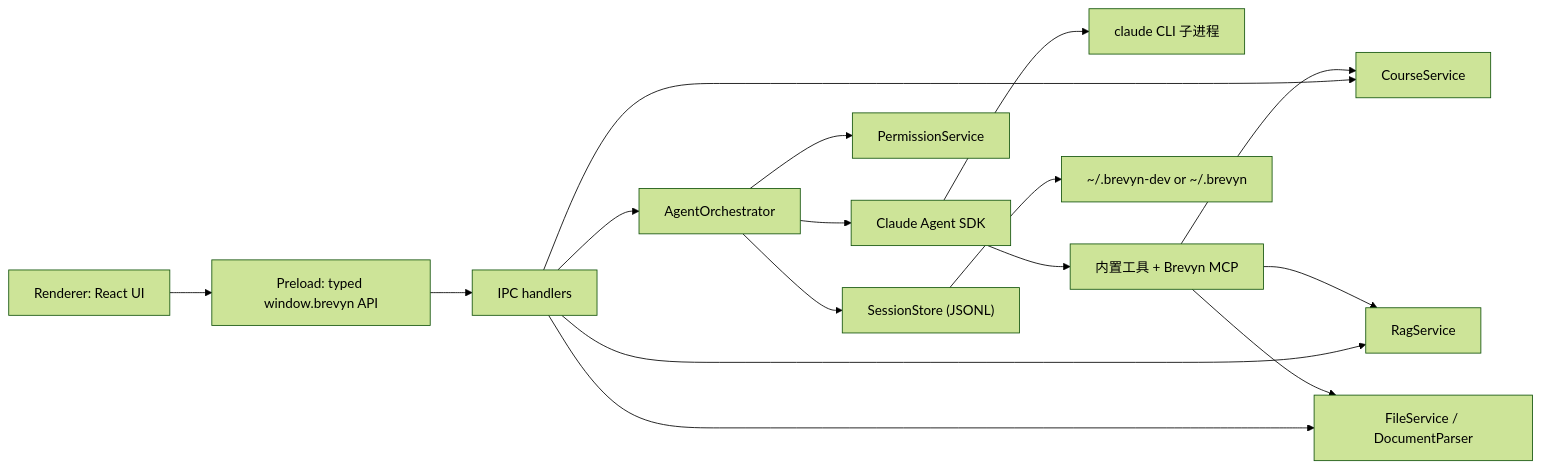
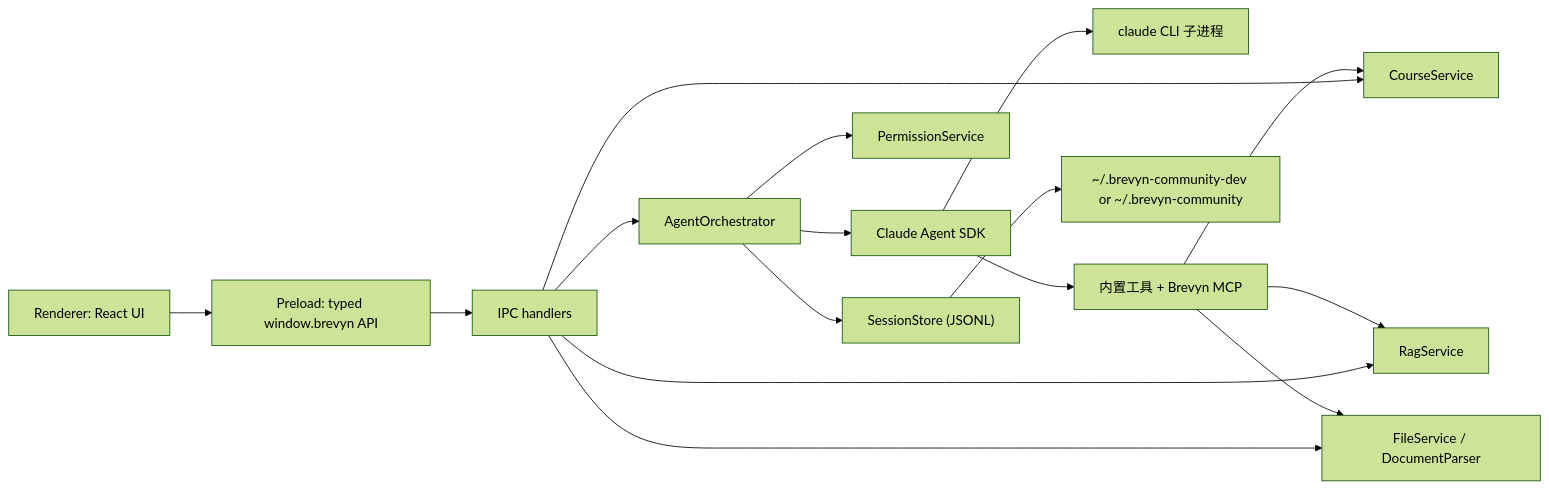
One commit to KOIAI777/brevyn changed the first of 3 diagrams in docs/architecture.md. Above: the diagram before and after it, drawn with Mermaid (forest theme). The commit also changed other lines of this file and 9 other files, not shown here.

````diff
--- a/docs/architecture.md
+++ b/docs/architecture.md
@@ -74,18 +74,18 @@
 ```mermaid
 flowchart LR
   UI["Renderer: React UI"] --> Bridge["Preload: typed window.brevyn API"]
   Bridge --> IPC["IPC handlers"]
   IPC --> Course["CourseService"]
   IPC --> File["FileService / DocumentParser"]
   IPC --> RAG["RagService"]
   IPC --> Agent["AgentOrchestrator"]
   Agent --> SDK["Claude Agent SDK"]
   SDK --> Spawn["claude CLI 子进程"]
   Agent --> Policy["PermissionService"]
   Agent --> Store["SessionStore (JSONL)"]
   SDK --> Tools["内置工具 + Brevyn MCP"]
   Tools --> RAG
   Tools --> Course
   Tools --> File
-  Store --> Local["~/.brevyn-dev or ~/.brevyn"]
+  Store --> Local["~/.brevyn-community-dev or ~/.brevyn-community"]
 ```
````
